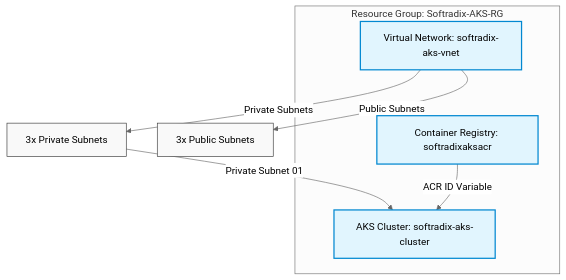
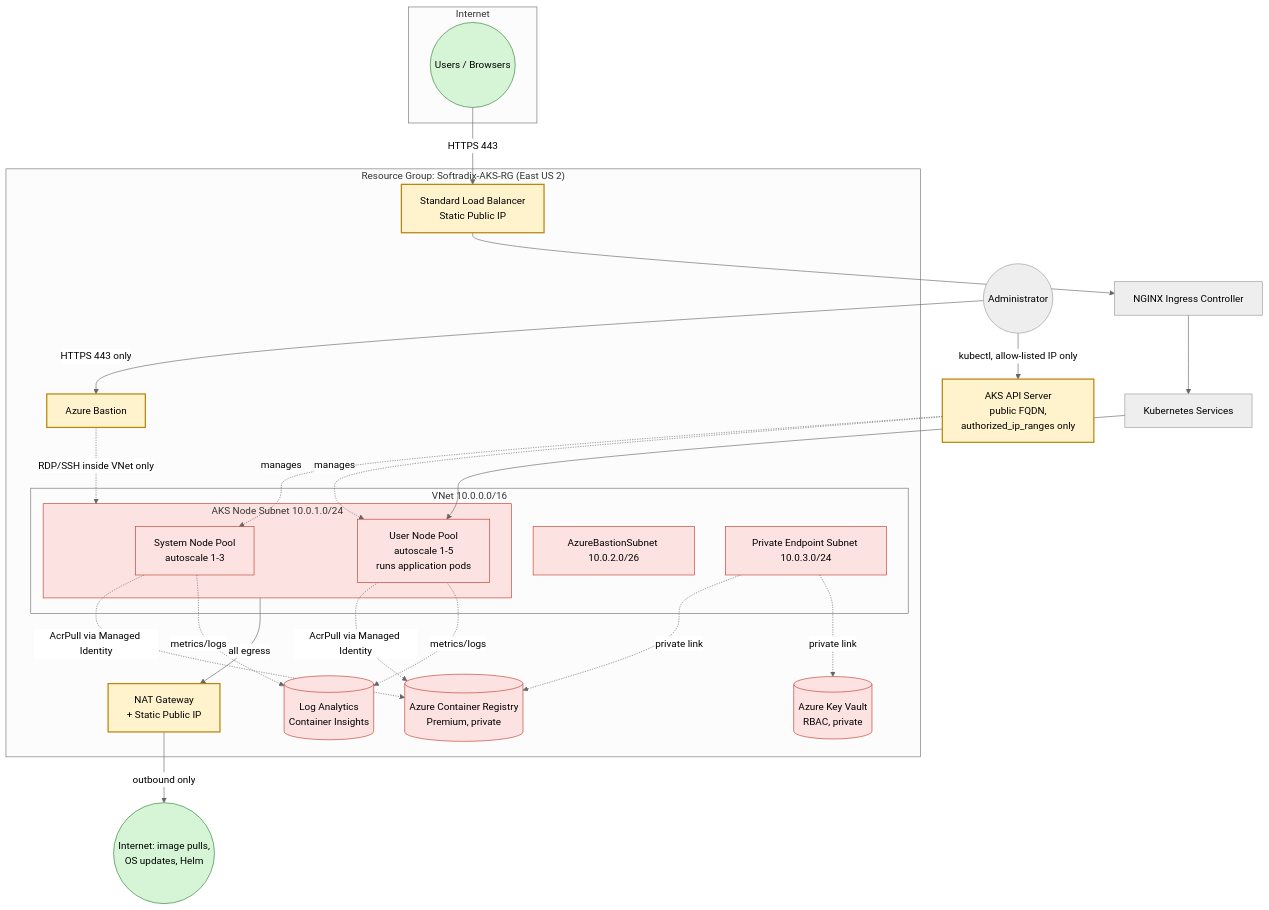
Before and after one commit to Master-Devoops/AKS: the first of 8 diagrams in README.md, drawn with Mermaid (neutral theme). The commit also changed other lines of this file and 45 other files, not shown here.

````diff
--- a/README.md
+++ b/README.md
@@ -11,18 +69,56 @@
 ```mermaid
-graph TD
-    subgraph ResourceGroup [Resource Group: Softradix-AKS-RG]
-        VNET[Virtual Network: softradix-aks-vnet]
-        ACR[Container Registry: softradixaksacr]
-        AKS[AKS Cluster: softradix-aks-cluster]
+graph TB
+    subgraph Internet
+        User((Users / Browsers))
     end
 
-    VNET -->|Public Subnets| PubSub[3x Public Subnets]
-    VNET -->|Private Subnets| PrivSub[3x Private Subnets]
+    subgraph RG["Resource Group: Softradix-AKS-RG (East US 2)"]
+        subgraph VNET["VNet 10.0.0.0/16"]
+            subgraph AKSSUB["AKS Node Subnet 10.0.1.0/24"]
+                SYS[System Node Pool<br/>autoscale 1-3]
+                USR[User Node Pool<br/>autoscale 1-5<br/>runs application pods]
+            end
+            BASTIONSUB["AzureBastionSubnet 10.0.2.0/26"]
+            PESUB["Private Endpoint Subnet 10.0.3.0/24"]
+        end
 
-    PrivSub -->|Private Subnet 01| AKS
-    ACR -->|ACR ID Variable| AKS
-    
-    classDef default fill:#f9f9f9,stroke:#333,stroke-width:1px;
-    classDef module fill:#e1f5fe,stroke:#0288d1,stroke-width:2px;
-    class RG,VNET,ACR,AKS module;
+        NATGW[NAT Gateway<br/>+ Static Public IP]
+        BASTION[Azure Bastion]
+        LB[Standard Load Balancer<br/>Static Public IP]
+
+        ACR[(Azure Container Registry<br/>Premium, private)]
+        KV[(Azure Key Vault<br/>RBAC, private)]
+        LAW[(Log Analytics<br/>Container Insights)]
+    end
+
+    User -->|HTTPS 443| LB
+    LB --> ING[NGINX Ingress Controller]
+    ING --> SVC[Kubernetes Services]
+    SVC --> USR
+
+    AKSSUB -->|all egress| NATGW
+    NATGW -->|outbound only| Internet2((Internet: image pulls,<br/>OS updates, Helm))
+
+    PESUB -.private link.-> ACR
+    PESUB -.private link.-> KV
+
+    SYS -.AcrPull via Managed Identity.-> ACR
+    USR -.AcrPull via Managed Identity.-> ACR
+    SYS -.metrics/logs.-> LAW
+    USR -.metrics/logs.-> LAW
+
+    Admin((Administrator)) -->|HTTPS 443 only| BASTION
+    BASTION -.RDP/SSH inside VNet only.-> AKSSUB
+
+    APIServer[AKS API Server<br/>public FQDN,<br/>authorized_ip_ranges only]
+    Admin -->|kubectl, allow-listed IP only| APIServer
+    APIServer -.manages.-> SYS
+    APIServer -.manages.-> USR
+
+    classDef private fill:#fde2e2,stroke:#c0392b,stroke-width:1px;
+    classDef public fill:#d6f5d6,stroke:#2e7d32,stroke-width:1px;
+    classDef gate fill:#fff3cd,stroke:#b8860b,stroke-width:2px;
+    class AKSSUB,BASTIONSUB,PESUB,SYS,USR,ACR,KV,LAW private;
+    class User,Internet2 public;
+    class LB,NATGW,BASTION,APIServer gate;
 ```
````
